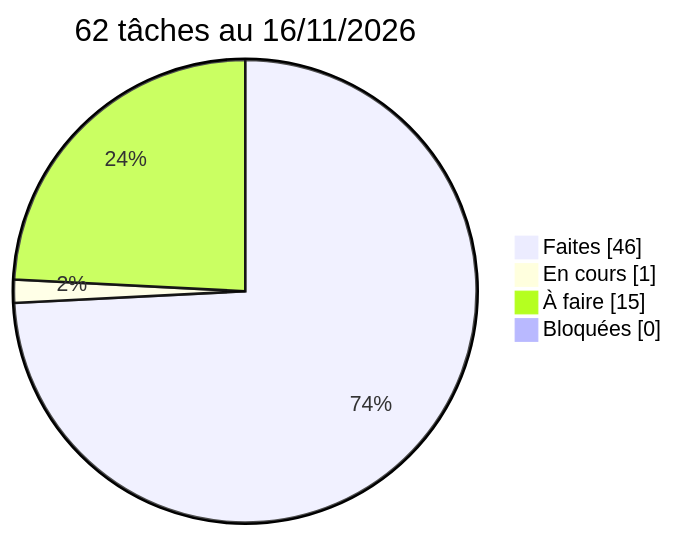
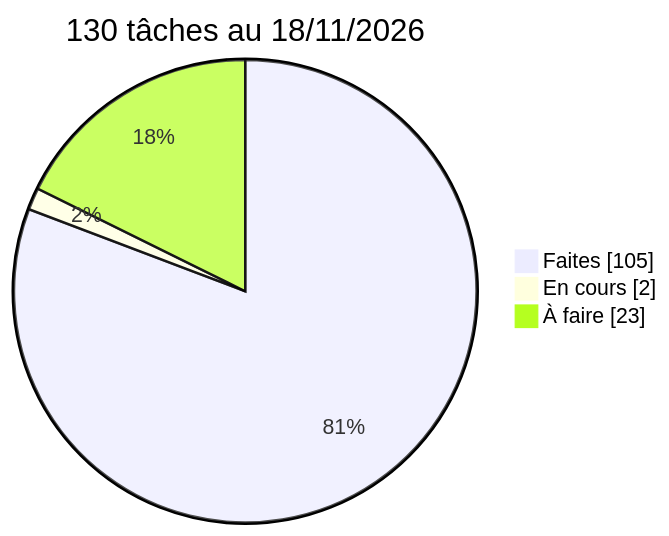
The fourth of 6 diagrams in README.md (Ahmedbannour/ai-casting-platform), drawn with Mermaid before and after one commit. The commit also changed other lines of this file and 12 other files, not shown here.

````diff
--- a/README.md
+++ b/README.md
@@ -231,7 +280,6 @@
 ```mermaid
-pie showData title 62 tâches au 16/11/2026
-    "Faites" : 46
-    "En cours" : 1
-    "À faire" : 15
-    "Bloquées" : 0
+pie showData title 130 tâches au 18/11/2026
+    "Faites" : 105
+    "En cours" : 2
+    "À faire" : 23
 ```
````
